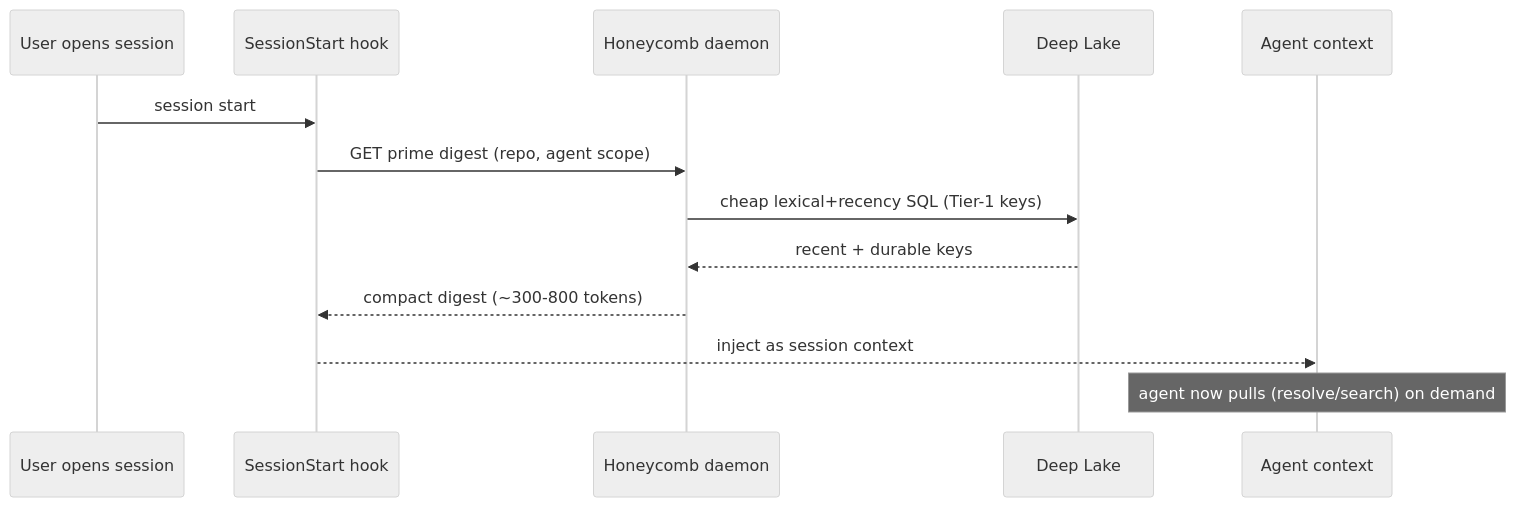
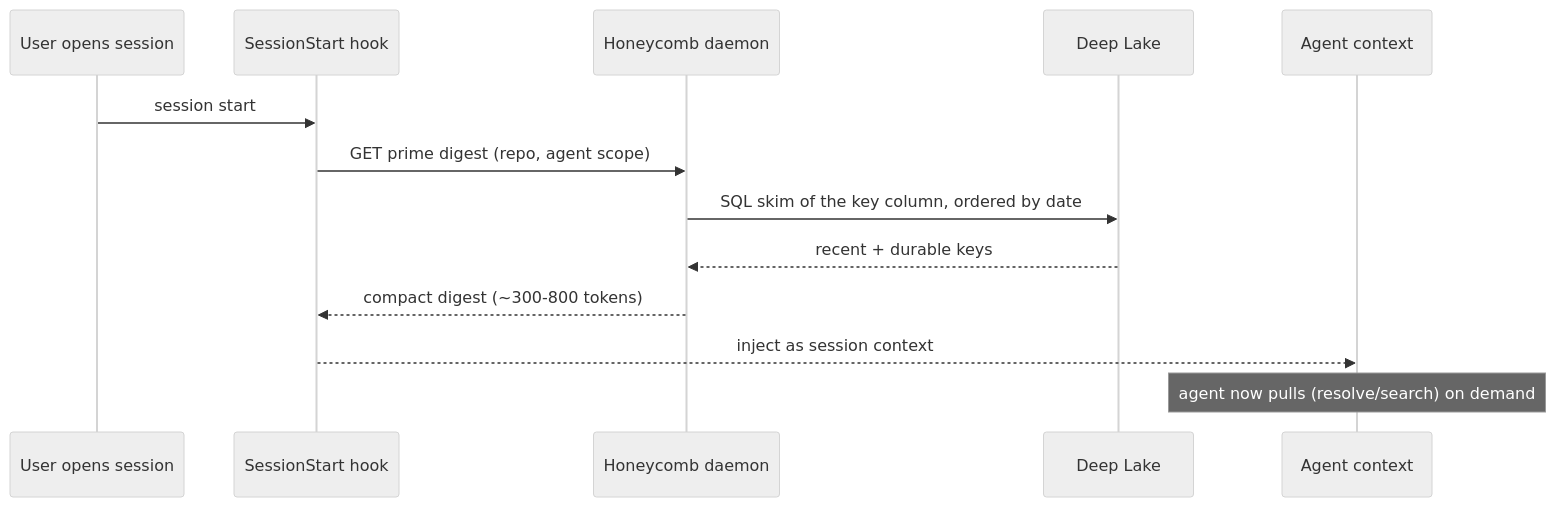
The second of 2 diagrams in library/knowledge/private/ai/session-priming-architecture.md (legioncodeinc/honeycomb), drawn with Mermaid (neutral theme) before and after one commit. The commit also changed other lines of this file and 279 other files, not shown here.

````diff
--- a/library/knowledge/private/ai/session-priming-architecture.md
+++ b/library/knowledge/private/ai/session-priming-architecture.md
@@ -182,15 +187,15 @@
 ```mermaid
 sequenceDiagram
     participant U as User opens session
     participant Hk as SessionStart hook
     participant D as Honeycomb daemon
     participant DL as Deep Lake
     participant A as Agent context
     U->>Hk: session start
     Hk->>D: GET prime digest (repo, agent scope)
-    D->>DL: cheap lexical+recency SQL (Tier-1 keys)
+    D->>DL: SQL skim of the key column, ordered by date
     DL-->>D: recent + durable keys
     D-->>Hk: compact digest (~300-800 tokens)
     Hk-->>A: inject as session context
     Note over A: agent now pulls (resolve/search) on demand
 ```
````
